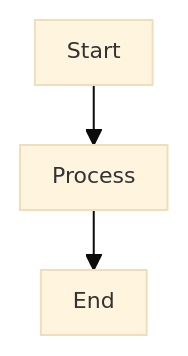
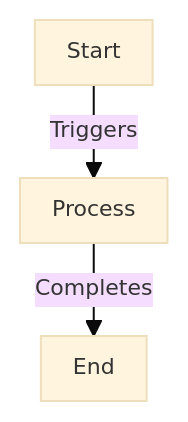
One commit to horselord-joe-8053/ultra-fru-genai-analytics-new changed the diagram in .cursor/rules/mermaid-style.mdc. Above: the diagram before and after it, drawn with Mermaid. The commit also changed other lines of this file and 4 other files, not shown here.

Commit message:
Update deploy, API, terraform, mermaid rules; add AWS auth learned doc

````diff
--- a/.cursor/rules/mermaid-style.mdc
+++ b/.cursor/rules/mermaid-style.mdc
@@ -23,6 +25,6 @@
 ```mermaid
 %%{init: {'theme': 'base', 'themeVariables': { 'fontSize': '11px', 'fontFamily': 'sans-serif' }, 'flowchart': { 'padding': 8, 'nodeSpacing': 25, 'rankSpacing': 30 }}}%%
 flowchart TB
-    A[Start] --> B[Process]
-    B --> C[End]
+    A[Start] -->|"Triggers"| B[Process]
+    B -->|"Completes"| C[End]
 ```
````
